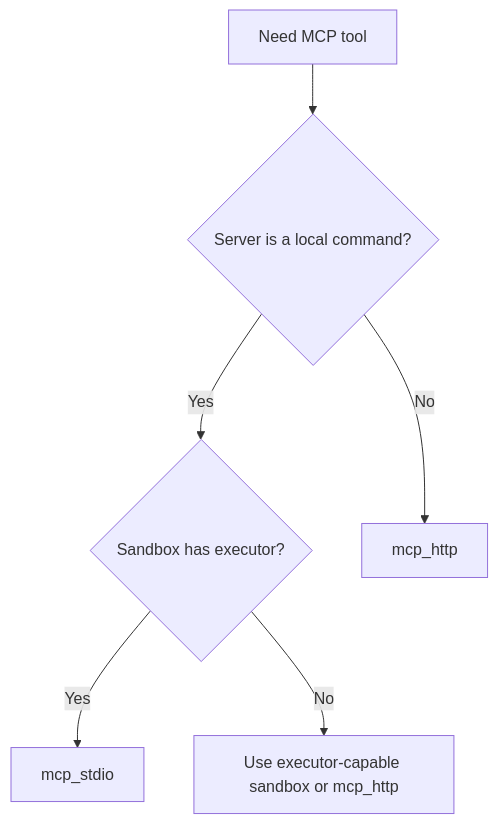
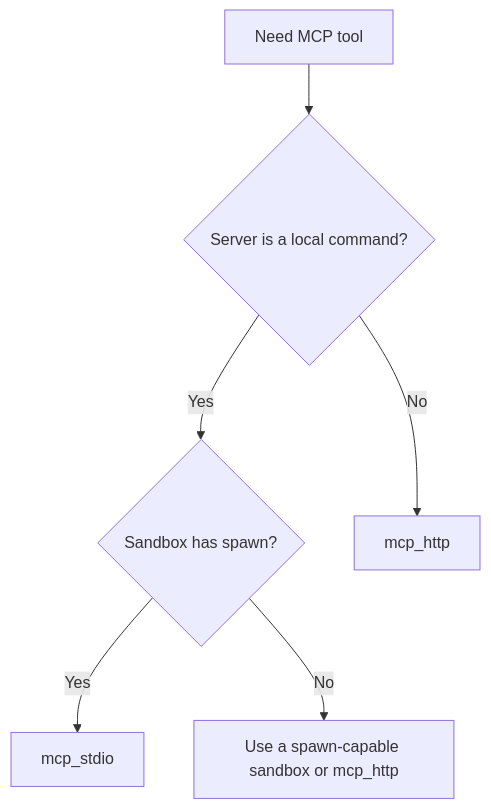
The first of 2 diagrams in docs/guides/mcp-tools.md (puristajs/harness), drawn with Mermaid before and after one commit. The commit also changed other lines of this file and 102 other files, not shown here.

````diff
--- a/docs/guides/mcp-tools.md
+++ b/docs/guides/mcp-tools.md
@@ -13,8 +13,8 @@
 ```mermaid
 flowchart TD
   Need["Need MCP tool"] --> Local{"Server is a local command?"}
-  Local -- "Yes" --> Exec{"Sandbox has executor?"}
-  Exec -- "Yes" --> Stdio["mcp_stdio"]
-  Exec -- "No" --> NoExec["Use executor-capable sandbox or mcp_http"]
+  Local -- "Yes" --> Spawn{"Sandbox has spawn?"}
+  Spawn -- "Yes" --> Stdio["mcp_stdio"]
+  Spawn -- "No" --> NoExec["Use a spawn-capable sandbox or mcp_http"]
   Local -- "No" --> Http["mcp_http"]
 ```
````
